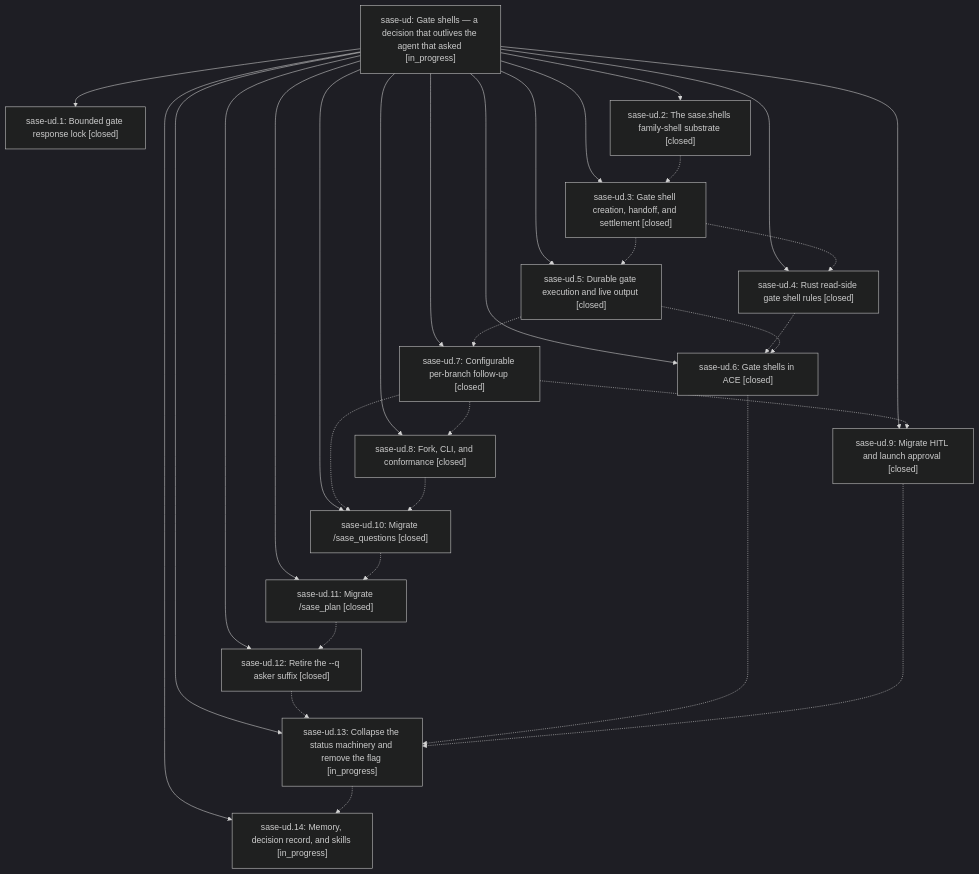
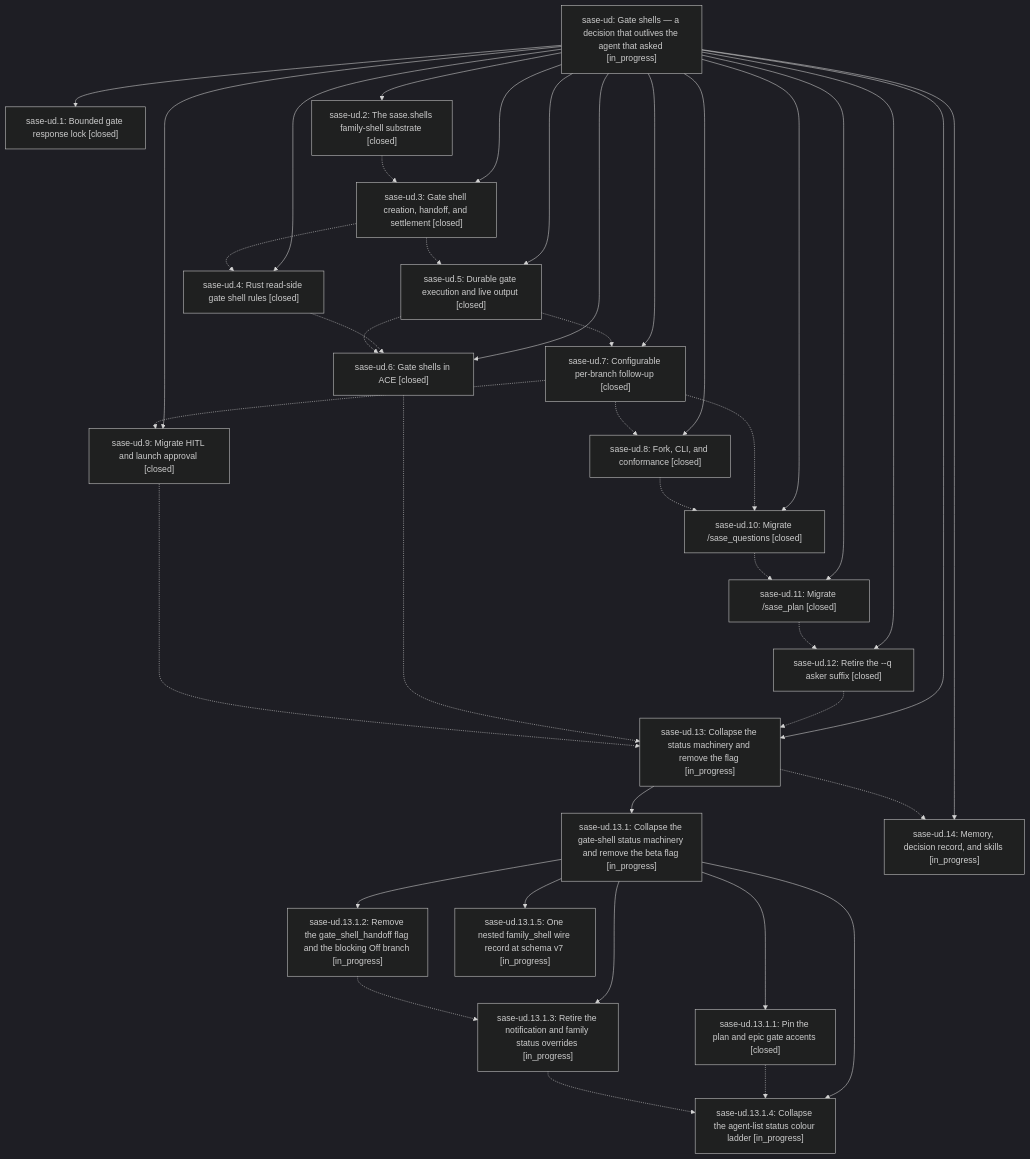
Before and after one commit to sase-org/sase--beads: the diagram in pages/sase-ud/README.md, drawn with Mermaid (dark theme). The commit also changed other lines of this file and 7 other files, not shown here.

````diff
--- a/pages/sase-ud/README.md
+++ b/pages/sase-ud/README.md
@@ -47,48 +47,63 @@
 ```mermaid
 flowchart TD
     n0["sase-ud: Gate shells — a decision that outlives the agent that asked [in_progress]"]
     n1["sase-ud.1: Bounded gate response lock [closed]"]
     n2["sase-ud.10: Migrate /sase_questions [closed]"]
     n3["sase-ud.11: Migrate /sase_plan [closed]"]
     n4["sase-ud.12: Retire the --q asker suffix [closed]"]
     n5["sase-ud.13: Collapse the status machinery and remove the flag [in_progress]"]
-    n6["sase-ud.14: Memory, decision record, and skills [in_progress]"]
-    n7["sase-ud.2: The sase.shells family-shell substrate [closed]"]
-    n8["sase-ud.3: Gate shell creation, handoff, and settlement [closed]"]
-    n9["sase-ud.4: Rust read-side gate shell rules [closed]"]
-    n10["sase-ud.5: Durable gate execution and live output [closed]"]
-    n11["sase-ud.6: Gate shells in ACE [closed]"]
-    n12["sase-ud.7: Configurable per-branch follow-up [closed]"]
-    n13["sase-ud.8: Fork, CLI, and conformance [closed]"]
-    n14["sase-ud.9: Migrate HITL and launch approval [closed]"]
+    n6["sase-ud.13.1: Collapse the gate-shell status machinery and remove the beta flag [in_progress]"]
+    n7["sase-ud.13.1.1: Pin the plan and epic gate accents [closed]"]
+    n8["sase-ud.13.1.2: Remove the gate_shell_handoff flag and the blocking Off branch [in_progress]"]
+    n9["sase-ud.13.1.3: Retire the notification and family status overrides [in_progress]"]
+    n10["sase-ud.13.1.4: Collapse the agent-list status colour ladder [in_progress]"]
+    n11["sase-ud.13.1.5: One nested family_shell wire record at schema v7 [in_progress]"]
+    n12["sase-ud.14: Memory, decision record, and skills [in_progress]"]
+    n13["sase-ud.2: The sase.shells family-shell substrate [closed]"]
+    n14["sase-ud.3: Gate shell creation, handoff, and settlement [closed]"]
+    n15["sase-ud.4: Rust read-side gate shell rules [closed]"]
+    n16["sase-ud.5: Durable gate execution and live output [closed]"]
+    n17["sase-ud.6: Gate shells in ACE [closed]"]
+    n18["sase-ud.7: Configurable per-branch follow-up [closed]"]
+    n19["sase-ud.8: Fork, CLI, and conformance [closed]"]
+    n20["sase-ud.9: Migrate HITL and launch approval [closed]"]
     n0 --> n1
     n0 --> n2
     n0 --> n3
     n0 --> n4
     n0 --> n5
-    n0 --> n6
-    n0 --> n7
-    n0 --> n8
-    n0 --> n9
-    n0 --> n10
-    n0 --> n11
+    n5 --> n6
+    n6 --> n7
+    n6 --> n8
+    n6 --> n9
+    n6 --> n10
+    n6 --> n11
     n0 --> n12
     n0 --> n13
     n0 --> n14
+    n0 --> n15
+    n0 --> n16
+    n0 --> n17
+    n0 --> n18
+    n0 --> n19
+    n0 --> n20
     n2 -.-> n3
     n3 -.-> n4
     n4 -.-> n5
-    n5 -.-> n6
-    n7 -.-> n8
+    n5 -.-> n12
+    n7 -.-> n10
     n8 -.-> n9
-    n8 -.-> n10
-    n9 -.-> n11
-    n10 -.-> n11
-    n10 -.-> n12
-    n11 -.-> n5
-    n12 -.-> n2
-    n12 -.-> n13
-    n12 -.-> n14
-    n13 -.-> n2
-    n14 -.-> n5
+    n9 -.-> n10
+    n13 -.-> n14
+    n14 -.-> n15
+    n14 -.-> n16
+    n15 -.-> n17
+    n16 -.-> n17
+    n16 -.-> n18
+    n17 -.-> n5
+    n18 -.-> n2
+    n18 -.-> n19
+    n18 -.-> n20
+    n19 -.-> n2
+    n20 -.-> n5
 ```
````
